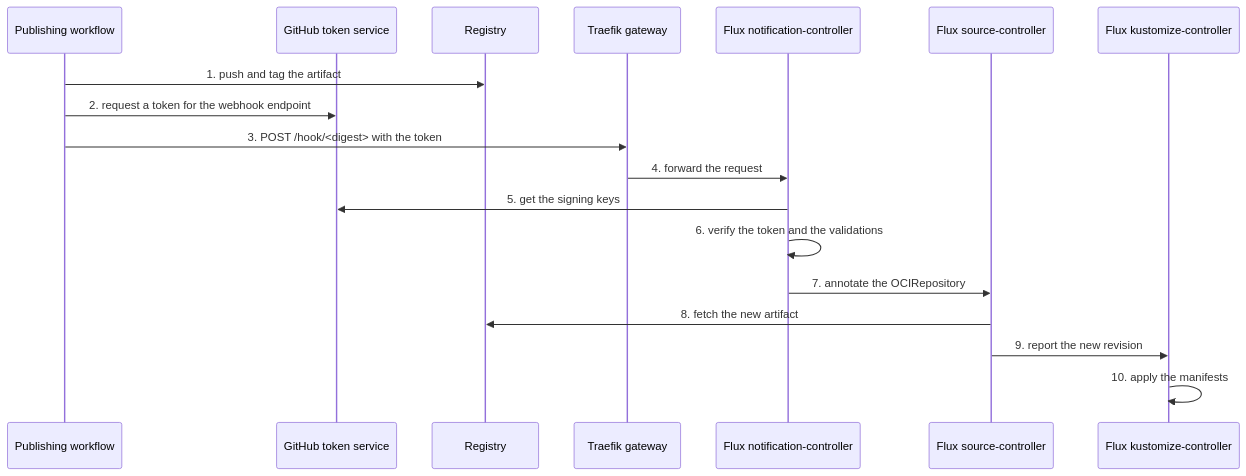
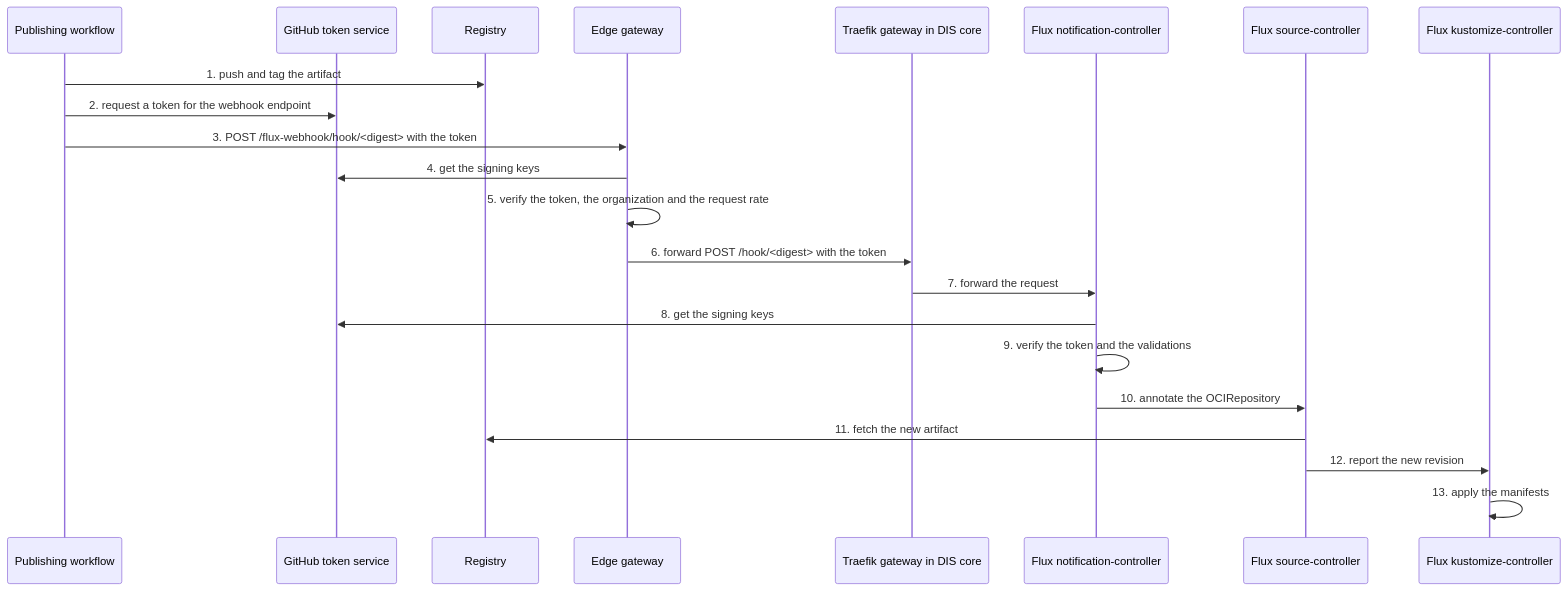
The diagram in rfcs/0017-on-demand-flux-reconcile.md (Altinn/altinn-platform), drawn with Mermaid before and after one commit. The commit also changed other lines of this file, not shown here.

First line of the commit message:
docs(rfcs): route RFC 0017 reconcile requests through the DIS edge

````diff
--- a/rfcs/0017-on-demand-flux-reconcile.md
+++ b/rfcs/0017-on-demand-flux-reconcile.md
@@ -130,20 +148,24 @@
 ```mermaid
 sequenceDiagram
     participant wf as Publishing workflow
     participant gh as GitHub token service
     participant acr as Registry
-    participant gw as Traefik gateway
+    participant eg as Edge gateway
+    participant gw as Traefik gateway in DIS core
     participant nc as Flux notification-controller
     participant sc as Flux source-controller
     participant kc as Flux kustomize-controller
     wf->>acr: 1. push and tag the artifact
     wf->>gh: 2. request a token for the webhook endpoint
-    wf->>gw: 3. POST /hook/<digest> with the token
-    gw->>nc: 4. forward the request
-    nc->>gh: 5. get the signing keys
-    nc->>nc: 6. verify the token and the validations
-    nc->>sc: 7. annotate the OCIRepository
-    sc->>acr: 8. fetch the new artifact
-    sc->>kc: 9. report the new revision
-    kc->>kc: 10. apply the manifests
+    wf->>eg: 3. POST /flux-webhook/hook/<digest> with the token
+    eg->>gh: 4. get the signing keys
+    eg->>eg: 5. verify the token, the organization and the request rate
+    eg->>gw: 6. forward POST /hook/<digest> with the token
+    gw->>nc: 7. forward the request
+    nc->>gh: 8. get the signing keys
+    nc->>nc: 9. verify the token and the validations
+    nc->>sc: 10. annotate the OCIRepository
+    sc->>acr: 11. fetch the new artifact
+    sc->>kc: 12. report the new revision
+    kc->>kc: 13. apply the manifests
 ```
````
